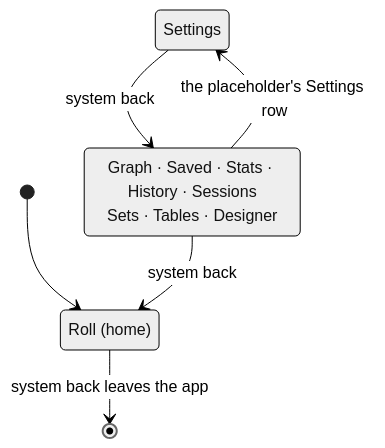
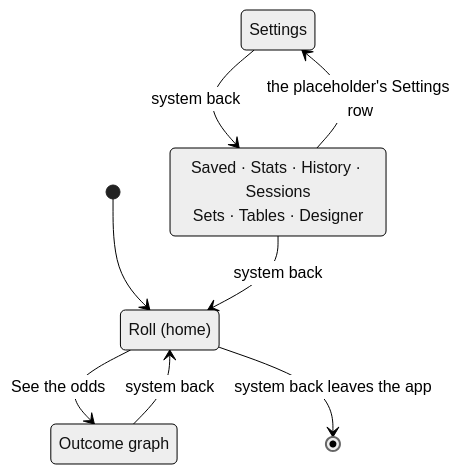
The first of 6 diagrams in docs/architecture.md (drehtuer/dInfinityApp), drawn with Mermaid (neutral theme) before and after one commit. The commit also changed other lines of this file and 19 other files, not shown here.

````diff
--- a/docs/architecture.md
+++ b/docs/architecture.md
@@ -112,12 +112,15 @@
 ```mermaid
 stateDiagram-v2
     [*] --> Roll
     Roll: Roll (home)
+    Graph: Outcome graph
     Settings: Settings
-    Other: Graph · Saved · Stats · History · Sessions<br/>Sets · Tables · Designer
+    Other: Saved · Stats · History · Sessions<br/>Sets · Tables · Designer
 
+    Roll --> Graph: See the odds
+    Graph --> Roll: system back
     Other --> Settings: the placeholder's Settings row
     Settings --> Other: system back
     Other --> Roll: system back
     Roll --> [*]: system back leaves the app
 ```
````
